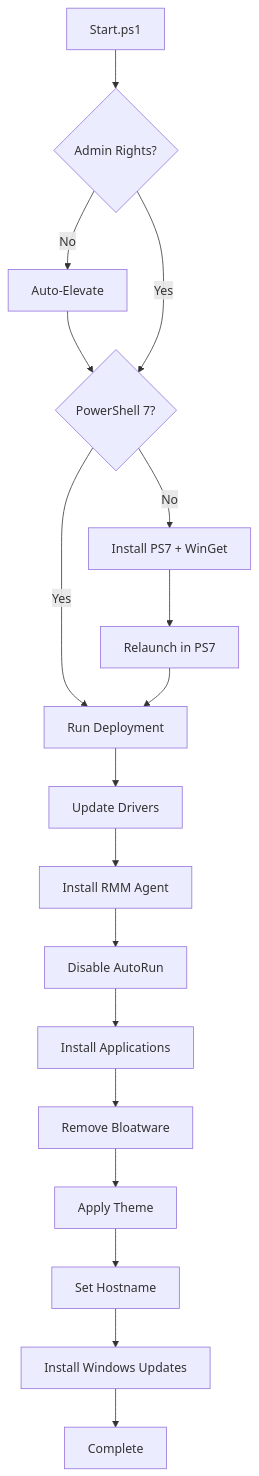
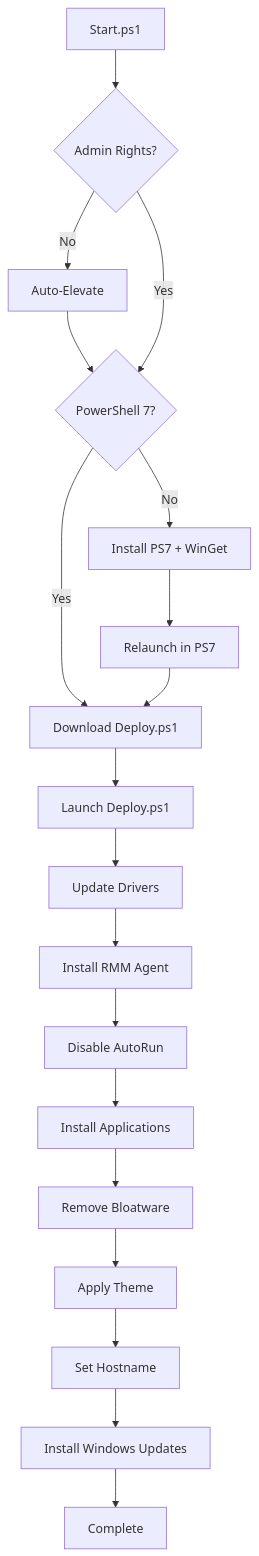
One commit to Stensel8/WinDeploy changed the diagram in README.md. Above: the diagram before and after it, drawn with Mermaid. The commit also changed other lines of this file and 2 other files, not shown here.

Commit message:
Add Deploy.ps1 and refactor Start.ps1 for modular deployment
Introduces Deploy.ps1 as the main deployment orchestrator, downloaded and launched by Start.ps1. Start.ps1 is refactored to focus on environment preparation (elevation, PowerShell 7, WinGet) and downloading Deploy.ps1, which now handles the execution of deployment steps. Updates README.md to document the new flow and clarify script responsibilities.

````diff
--- a/README.md
+++ b/README.md
@@ -100,20 +101,21 @@
 ```mermaid
 graph TD
     A[Start.ps1] --> B{Admin Rights?}
     B -->|No| C[Auto-Elevate]
     C --> D{PowerShell 7?}
     B -->|Yes| D
     D -->|No| E[Install PS7 + WinGet]
     E --> F[Relaunch in PS7]
-    D -->|Yes| G[Run Deployment]
+    D -->|Yes| G[Download Deploy.ps1]
     F --> G
-    G --> H[Update Drivers]
-    H --> I[Install RMM Agent]
-    I --> J[Disable AutoRun]
-    J --> K[Install Applications]
-    K --> L[Remove Bloatware]
-    L --> M[Apply Theme]
-    M --> N[Set Hostname]
-    N --> O[Install Windows Updates]
-    O --> P[Complete]
+    G --> H[Launch Deploy.ps1]
+    H --> I[Update Drivers]
+    I --> J[Install RMM Agent]
+    J --> K[Disable AutoRun]
+    K --> L[Install Applications]
+    L --> M[Remove Bloatware]
+    M --> N[Apply Theme]
+    N --> O[Set Hostname]
+    O --> P[Install Windows Updates]
+    P --> Q[Complete]
 ```
````
